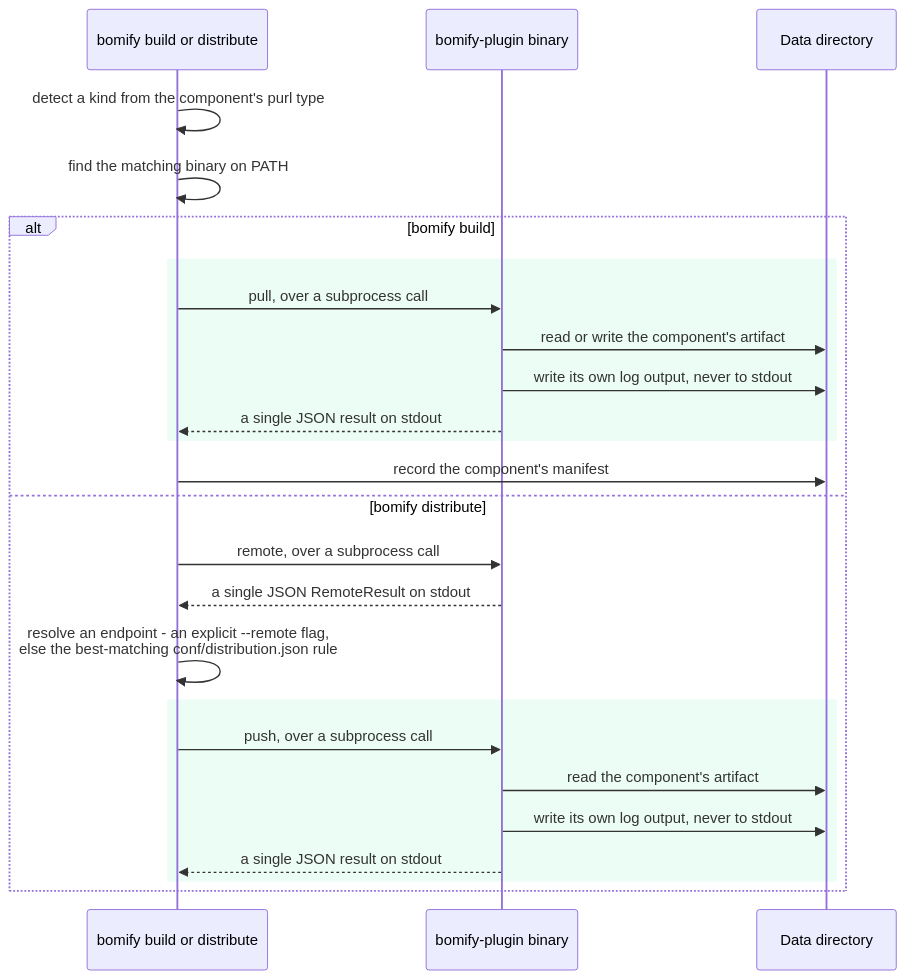
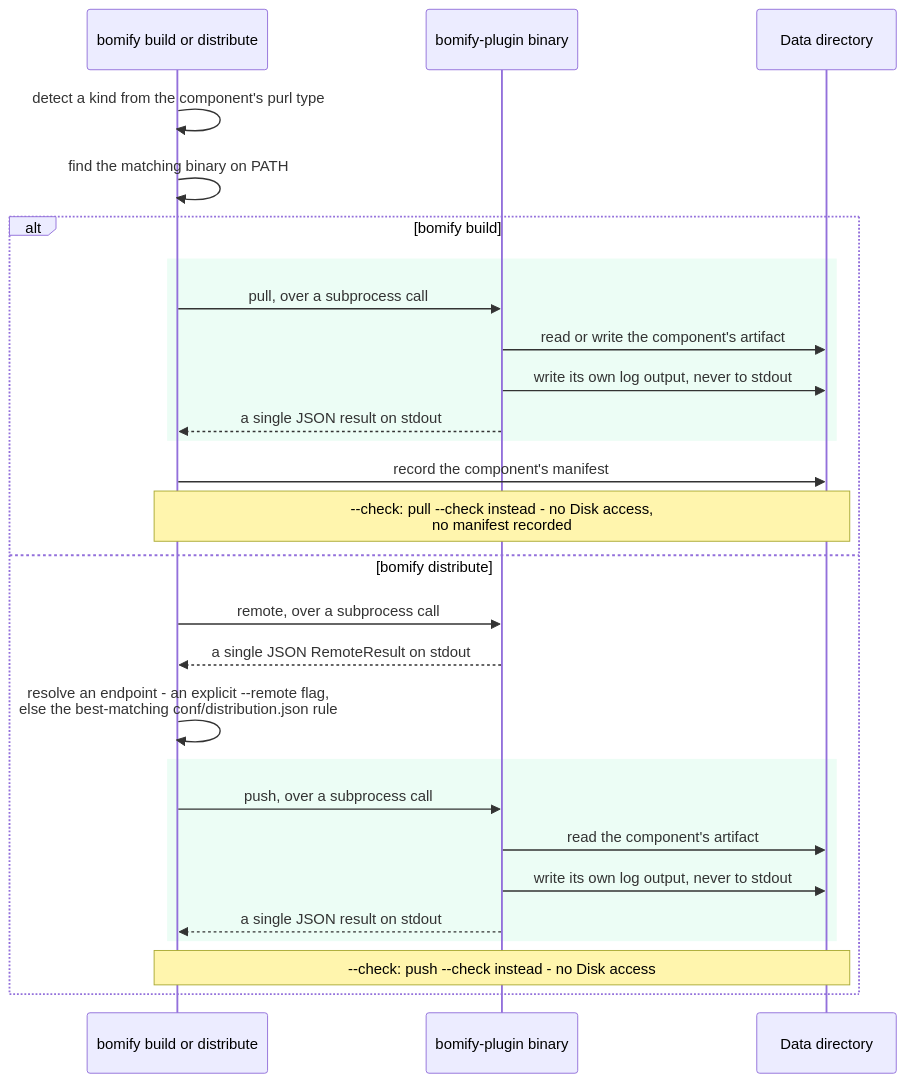
The diagram in docs/diagrams/plugin-dispatch.mmd (alejandro-velasco/bomify), drawn with Mermaid before and after one commit. The commit also changed 51 other files, not shown here.

First line of the commit message:
feat: add CheckPull and CheckPush functionality for OCI and Helm charts

```diff
--- a/docs/diagrams/plugin-dispatch.mmd
+++ b/docs/diagrams/plugin-dispatch.mmd
@@ -1,27 +1,29 @@
 sequenceDiagram
     participant CLI as bomify build or distribute
     participant Plugin as bomify-plugin binary
     participant Disk as Data directory
 
     CLI->>CLI: detect a kind from the component's purl type
     CLI->>CLI: find the matching binary on PATH
 
     alt bomify build
         rect rgb(236, 253, 245)
             CLI->>Plugin: pull, over a subprocess call
             Plugin->>Disk: read or write the component's artifact
             Plugin->>Disk: write its own log output, never to stdout
             Plugin-->>CLI: a single JSON result on stdout
         end
         CLI->>Disk: record the component's manifest
+        Note over CLI,Disk: --check: pull --check instead - no Disk access,<br/>no manifest recorded
     else bomify distribute
         CLI->>Plugin: remote, over a subprocess call
         Plugin-->>CLI: a single JSON RemoteResult on stdout
         CLI->>CLI: resolve an endpoint - an explicit --remote flag,<br/>else the best-matching conf/distribution.json rule
         rect rgb(236, 253, 245)
             CLI->>Plugin: push, over a subprocess call
             Plugin->>Disk: read the component's artifact
             Plugin->>Disk: write its own log output, never to stdout
             Plugin-->>CLI: a single JSON result on stdout
         end
+        Note over CLI,Disk: --check: push --check instead - no Disk access
     end
```
